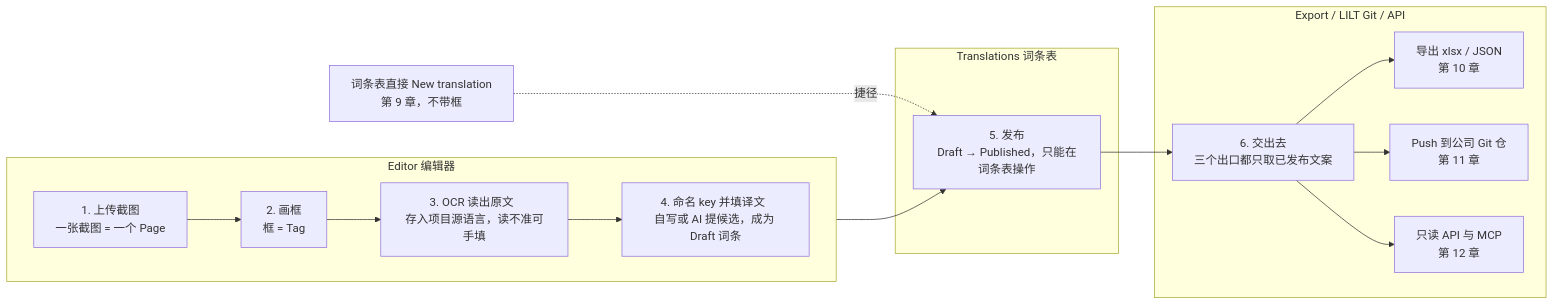
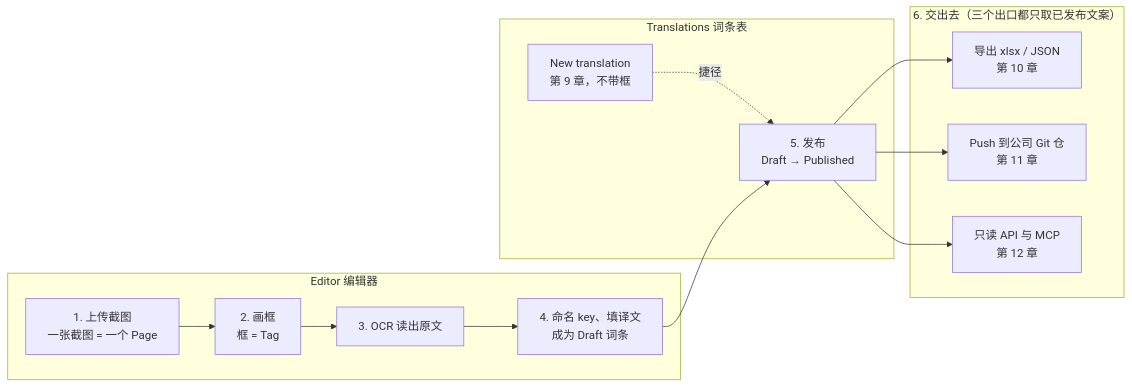
One commit to Hwacc/localness changed the first of 2 diagrams in docs/run-book/02-what-is-localness.md. Above: the diagram before and after it, drawn with Mermaid. The commit also changed other lines of this file and 20 other files, not shown here.

````diff
--- a/docs/run-book/02-what-is-localness.md
+++ b/docs/run-book/02-what-is-localness.md
@@ -36,33 +37,26 @@
 ```mermaid
 flowchart LR
     subgraph ED["Editor 编辑器"]
-        direction LR
-        S1["1. 上传截图  
-一张截图 = 一个 Page"]
-        S2["2. 画框  
-框 = Tag"]
-        S3["3. OCR 读出原文  
-存入项目源语言，读不准可手填"]
-        S4["4. 命名 key 并填译文  
-自写或 AI 提候选，成为 Draft 词条"]
+        S1["1. 上传截图<br/>一张截图 = 一个 Page"]
+        S2["2. 画框<br/>框 = Tag"]
+        S3["3. OCR 读出原文"]
+        S4["4. 命名 key、填译文<br/>成为 Draft 词条"]
         S1 --> S2 --> S3 --> S4
     end
 
-subgraph TR["Translations 词条表"]
-    S5["5. 发布<br/>Draft → Published，只能在词条表操作"]
-end
+    subgraph TR["Translations 词条表"]
+        NT["New translation<br/>第 9 章，不带框"] -.->|捷径| S5
+        S5["5. 发布<br/>Draft → Published"]
+    end
 
-subgraph OUT["Export / LILT Git / API"]
-    S6["6. 交出去<br/>三个出口都只取已发布文案"]
-    D1["导出 xlsx / JSON<br/>第 10 章"]
-    D2["Push 到公司 Git 仓<br/>第 11 章"]
-    D3["只读 API 与 MCP<br/>第 12 章"]
-    S6 --> D1
-    S6 --> D2
-    S6 --> D3
-end
+    subgraph OUT["6. 交出去（三个出口都只取已发布文案）"]
+        D1["导出 xlsx / JSON<br/>第 10 章"]
+        D2["Push 到公司 Git 仓<br/>第 11 章"]
+        D3["只读 API 与 MCP<br/>第 12 章"]
+    end
 
-S4 --> S5
-S5 --> S6
-NT["词条表直接 New translation<br/>第 9 章，不带框"] -.->|捷径| S5
+    S4 --> S5
+    S5 --> D1
+    S5 --> D2
+    S5 --> D3
 ```
````
